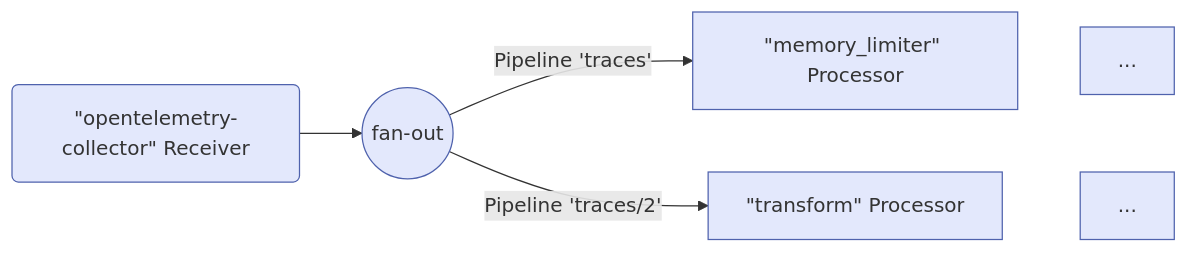
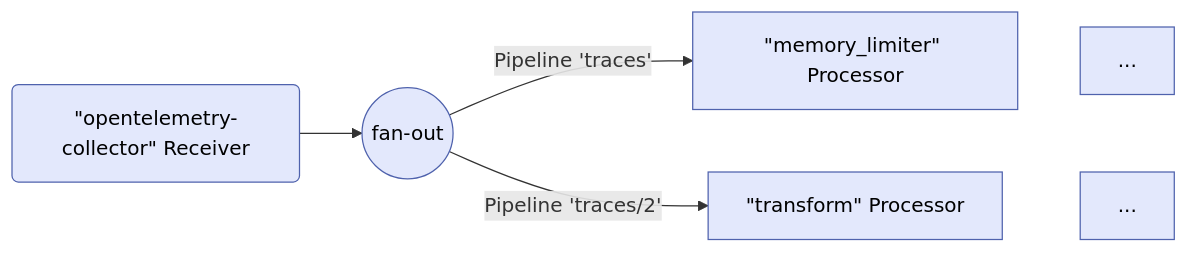
The second of 7 diagrams in content/en/docs/collector/architecture.md (open-telemetry/opentelemetry.io), drawn with Mermaid before and after one commit. The commit also changed other lines of this file, not shown here.

Commit message:
update text color to black architecture.md

````diff
--- a/content/en/docs/collector/architecture.md
+++ b/content/en/docs/collector/architecture.md
@@ -124,10 +125,10 @@
 ```mermaid
 flowchart LR
     R1("`#quot;opentelemetry-collector#quot; Receiver`") --> FO((fan-out))
     FO -->|Pipeline 'traces'| P1["`#quot;memory_limiter#quot; Processor`"]
     FO -->|Pipeline 'traces/2'| P2["`#quot;transform#quot; Processor`"]
     P1 ~~~ M1[...]
     P2 ~~~ M2[...]
 
-    classDef default fill:#e3e8fc,stroke:#4f62ad;
+    classDef default fill:#e3e8fc,stroke:#4f62ad,color:#000000;
 ```
````
